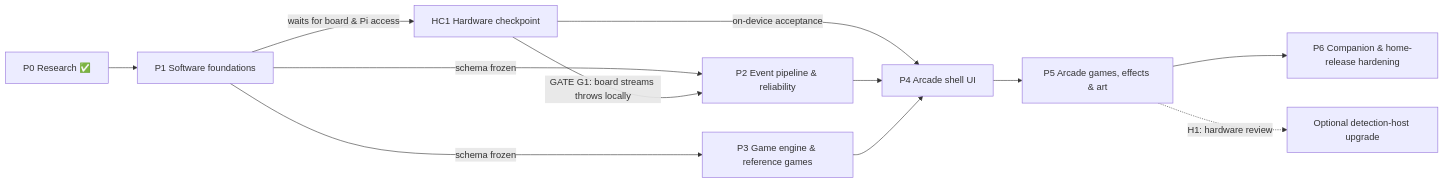
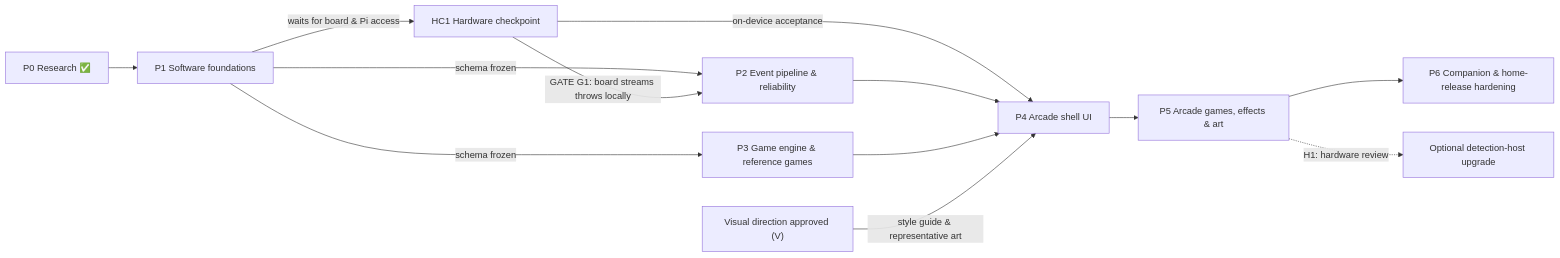
Before and after one commit to skiifr/AutoDarts-Arcade: the diagram in ROADMAP.md, drawn with Mermaid. The commit also changed other lines of this file, not shown here.

First line of the commit message:
ROADMAP: Phase 1-3 status and owner decision V

````diff
--- a/ROADMAP.md
+++ b/ROADMAP.md
@@ -39,14 +40,15 @@
 ```mermaid
 flowchart LR
   P0["P0 Research ✅"] --> P1["P1 Software foundations"]
   P1 -->|"schema frozen"| P2["P2 Event pipeline & reliability"]
   P1 -->|"schema frozen"| P3["P3 Game engine & reference games"]
   P1 -->|"waits for board & Pi access"| HC1["HC1 Hardware checkpoint"]
   HC1 -->|"GATE G1: board streams throws locally"| P2
   HC1 -->|"on-device acceptance"| P4["P4 Arcade shell UI"]
   P2 --> P4
   P3 --> P4
+  V["Visual direction approved (V)"] -->|"style guide & representative art"| P4
   P4 --> P5["P5 Arcade games, effects & art"]
   P5 --> P6["P6 Companion & home-release hardening"]
   P5 -.->|"H1: hardware review"| HW["Optional detection-host upgrade"]
 ```
````
